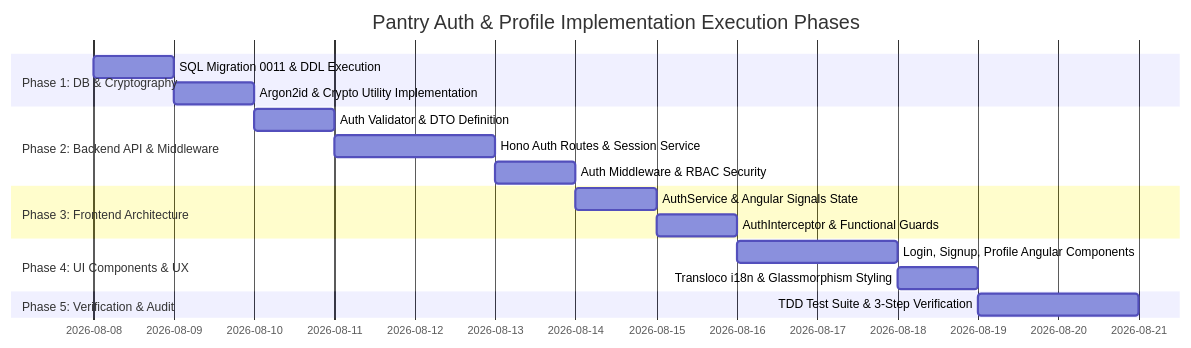
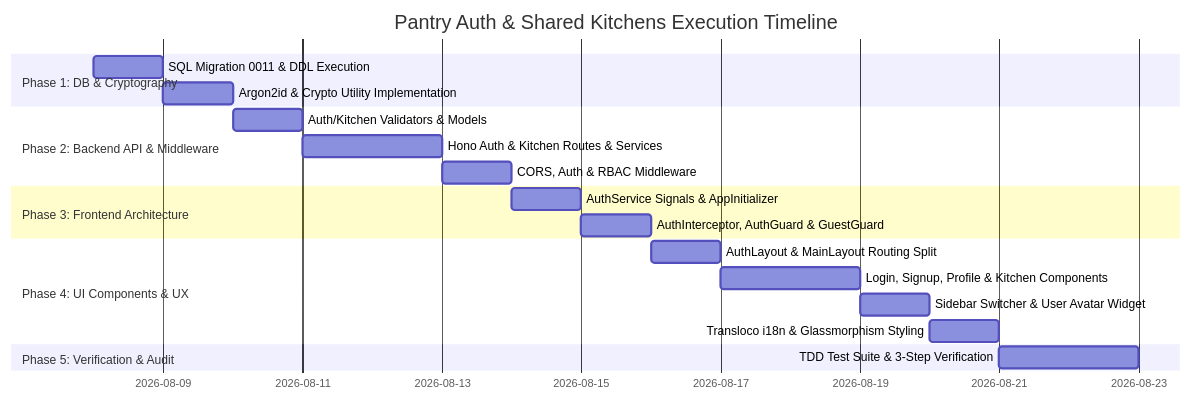
Before and after one commit to caelebk/pantry: the third of 3 diagrams in AUTH_IMPLEMENTATION_PLAN.md, drawn with Mermaid. The commit also changed other lines of this file and 1 other file, not shown here.

Commit message:
docs(auth): add auth implementation plan and QA testing framework

````diff
--- a/AUTH_IMPLEMENTATION_PLAN.md
+++ b/AUTH_IMPLEMENTATION_PLAN.md
@@ -536,20 +853,22 @@
 ```mermaid
 gantt
-    title Pantry Auth & Profile Implementation Execution Phases
+    title Pantry Auth & Shared Kitchens Execution Timeline
     dateFormat  YYYY-MM-DD
     section Phase 1: DB & Cryptography
     SQL Migration 0011 & DDL Execution         :p1_1, 2026-08-08, 1d
     Argon2id & Crypto Utility Implementation   :p1_2, after p1_1, 1d
     section Phase 2: Backend API & Middleware
-    Auth Validator & DTO Definition            :p2_1, after p1_2, 1d
-    Hono Auth Routes & Session Service         :p2_2, after p2_1, 2d
-    Auth Middleware & RBAC Security            :p2_3, after p2_2, 1d
+    Auth/Kitchen Validators & Models           :p2_1, after p1_2, 1d
+    Hono Auth & Kitchen Routes & Services      :p2_2, after p2_1, 2d
+    CORS, Auth & RBAC Middleware               :p2_3, after p2_2, 1d
     section Phase 3: Frontend Architecture
-    AuthService & Angular Signals State         :p3_1, after p2_3, 1d
-    AuthInterceptor & Functional Guards        :p3_2, after p3_1, 1d
+    AuthService Signals & AppInitializer       :p3_1, after p2_3, 1d
+    AuthInterceptor, AuthGuard & GuestGuard    :p3_2, after p3_1, 1d
     section Phase 4: UI Components & UX
-    Login, Signup, Profile Angular Components   :p4_1, after p3_2, 2d
-    Transloco i18n & Glassmorphism Styling     :p4_2, after p4_1, 1d
+    AuthLayout & MainLayout Routing Split      :p4_1, after p3_2, 1d
+    Login, Signup, Profile & Kitchen Components:p4_2, after p4_1, 2d
+    Sidebar Switcher & User Avatar Widget      :p4_3, after p4_2, 1d
+    Transloco i18n & Glassmorphism Styling     :p4_4, after p4_3, 1d
     section Phase 5: Verification & Audit
-    TDD Test Suite & 3-Step Verification       :p5_1, after p4_2, 2d
+    TDD Test Suite & 3-Step Verification       :p5_1, after p4_4, 2d
 ```
````
